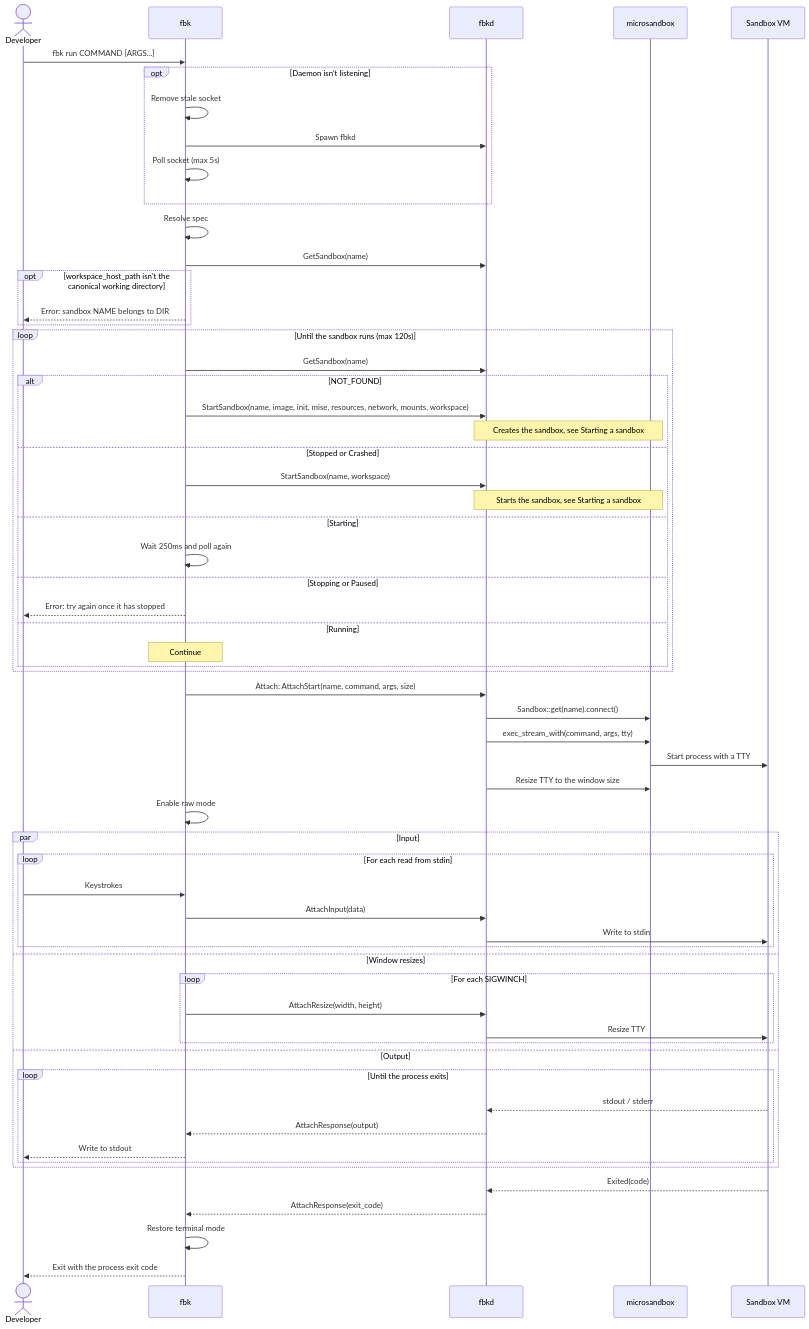
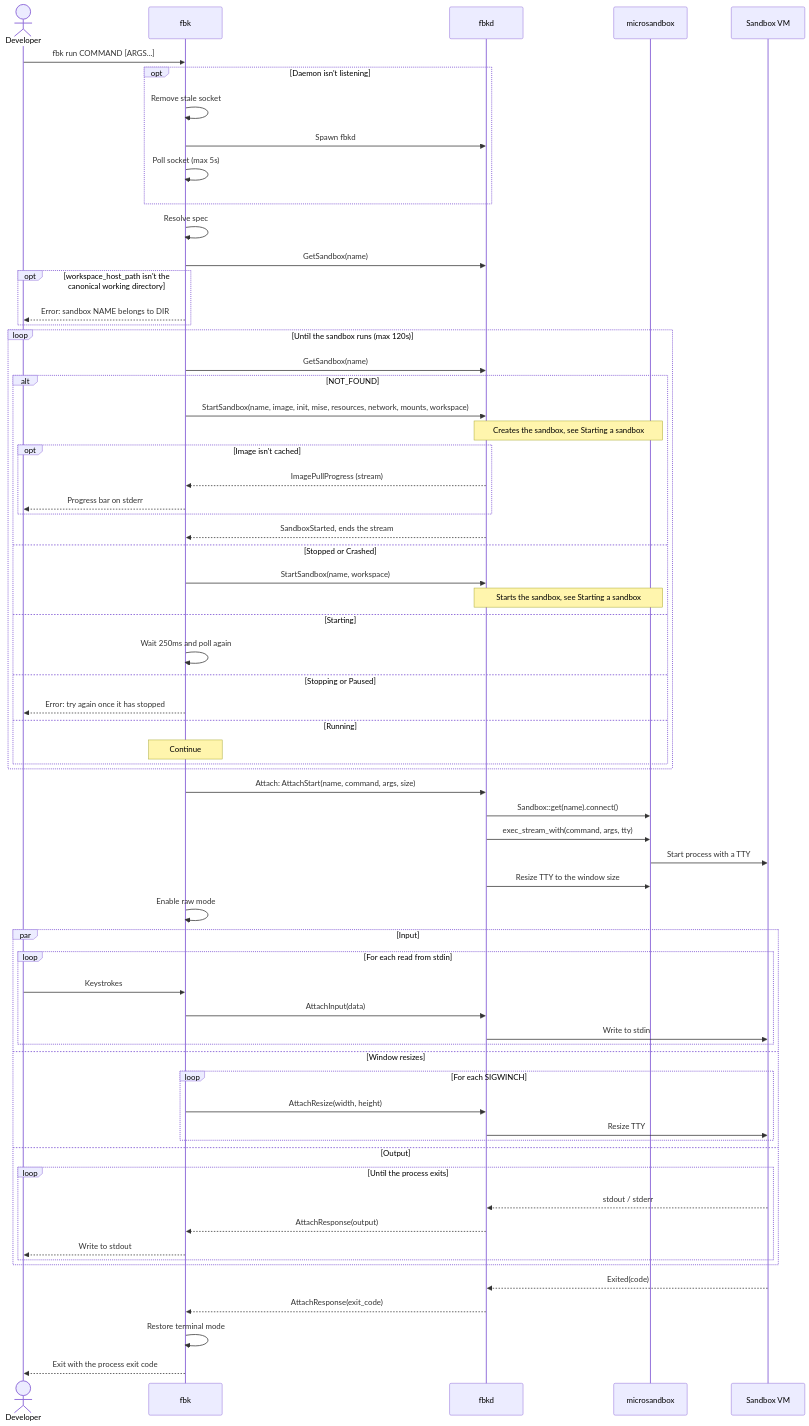
Before and after one commit to wmeints/anvil: the first of 6 diagrams in docs/architecture/06-runtime-view.md, drawn with Mermaid. The commit also changed other lines of this file and 17 other files, not shown here.

First line of the commit message:
feat: stream image pull progress from StartSandbox

````diff
--- a/docs/architecture/06-runtime-view.md
+++ b/docs/architecture/06-runtime-view.md
@@ -45,68 +45,73 @@
 ```mermaid
 sequenceDiagram
     actor Dev as Developer
     participant CLI as fbk
     participant D as fbkd
     participant MS as microsandbox
     participant VM as Sandbox VM
 
     Dev->>CLI: fbk run COMMAND [ARGS...]
     opt Daemon isn't listening
         CLI->>CLI: Remove stale socket
         CLI->>D: Spawn fbkd
         CLI->>CLI: Poll socket (max 5s)
     end
     CLI->>CLI: Resolve spec
     CLI->>D: GetSandbox(name)
     opt workspace_host_path isn't the canonical working directory
         CLI-->>Dev: Error: sandbox NAME belongs to DIR
     end
 
     loop Until the sandbox runs (max 120s)
         CLI->>D: GetSandbox(name)
         alt NOT_FOUND
             CLI->>D: StartSandbox(name, image, init, mise, resources, network, mounts, workspace)
             Note over D,MS: Creates the sandbox, see Starting a sandbox
+            opt Image isn't cached
+                D-->>CLI: ImagePullProgress (stream)
+                CLI-->>Dev: Progress bar on stderr
+            end
+            D-->>CLI: SandboxStarted, ends the stream
         else Stopped or Crashed
             CLI->>D: StartSandbox(name, workspace)
             Note over D,MS: Starts the sandbox, see Starting a sandbox
         else Starting
             CLI->>CLI: Wait 250ms and poll again
         else Stopping or Paused
             CLI-->>Dev: Error: try again once it has stopped
         else Running
             Note over CLI: Continue
         end
     end
 
     CLI->>D: Attach: AttachStart(name, command, args, size)
     D->>MS: Sandbox::get(name).connect()
     D->>MS: exec_stream_with(command, args, tty)
     MS->>VM: Start process with a TTY
     D->>MS: Resize TTY to the window size
     CLI->>CLI: Enable raw mode
 
     par Input
         loop For each read from stdin
             Dev->>CLI: Keystrokes
             CLI->>D: AttachInput(data)
             D->>VM: Write to stdin
         end
     and Window resizes
         loop For each SIGWINCH
             CLI->>D: AttachResize(width, height)
             D->>VM: Resize TTY
         end
     and Output
         loop Until the process exits
             VM-->>D: stdout / stderr
             D-->>CLI: AttachResponse(output)
             CLI-->>Dev: Write to stdout
         end
     end
 
     VM-->>D: Exited(code)
     D-->>CLI: AttachResponse(exit_code)
     CLI->>CLI: Restore terminal mode
     CLI-->>Dev: Exit with the process exit code
 ```
````
